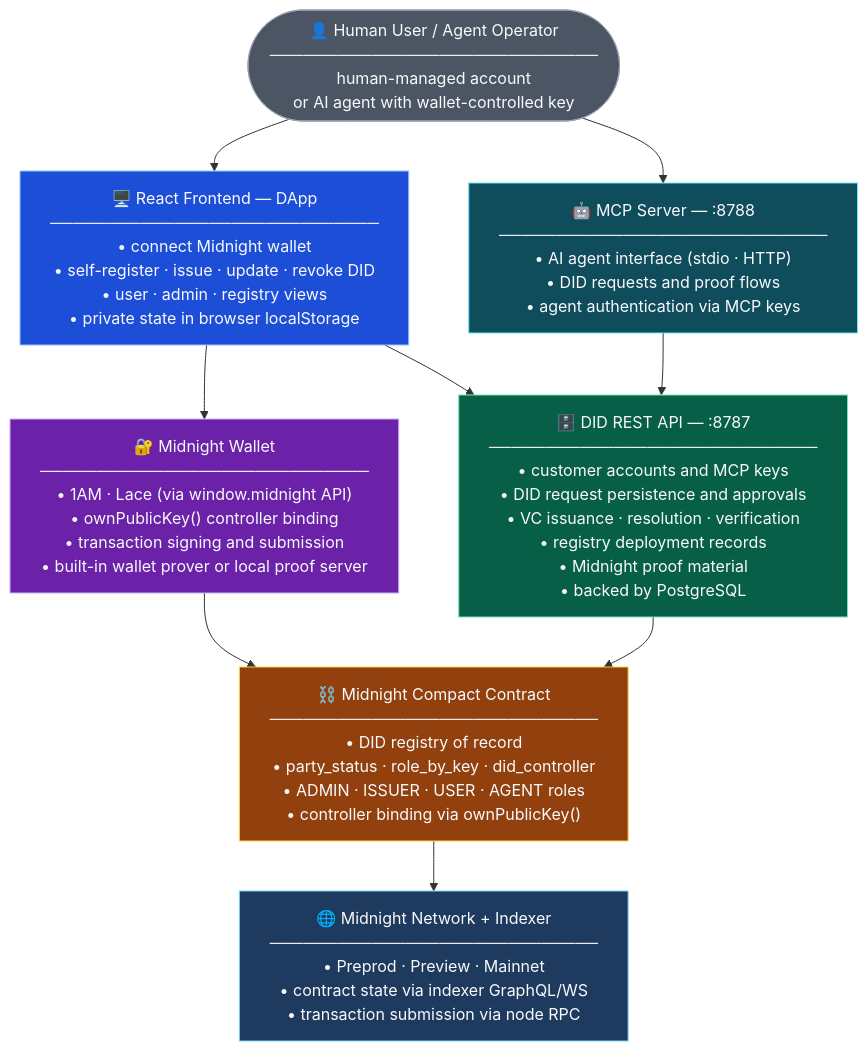
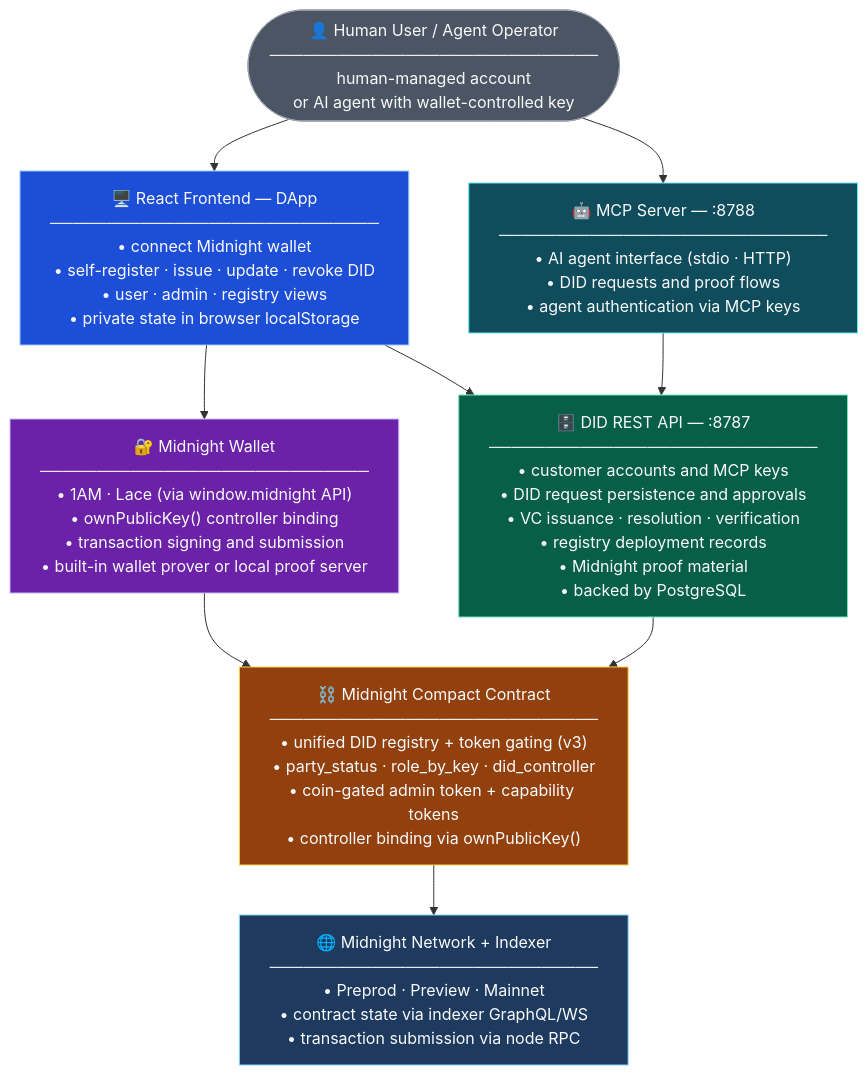
The first of 2 diagrams in README.md (apestchanker/midnight-agent-did-manager), drawn with Mermaid before and after one commit. The commit also changed other lines of this file and 7 other files, not shown here.

First line of the commit message:
docs(did-registry): rewrite README and close out SDD feature docs

````diff
--- a/README.md
+++ b/README.md
@@ -53,33 +53,33 @@
 ```mermaid
 flowchart TD
     HU(["👤 Human User / Agent Operator\n─────────────────────────────\nhuman-managed account\nor AI agent with wallet-controlled key"])
 
     FE["🖥️ React Frontend — DApp\n─────────────────────────────\n• connect Midnight wallet\n• self-register · issue · update · revoke DID\n• user · admin · registry views\n• private state in browser localStorage"]
 
     WL["🔐 Midnight Wallet\n─────────────────────────────\n• 1AM · Lace (via window.midnight API)\n• ownPublicKey() controller binding\n• transaction signing and submission\n• built-in wallet prover or local proof server"]
 
     DS["🗄️ DID REST API — :8787\n─────────────────────────────\n• customer accounts and MCP keys\n• DID request persistence and approvals\n• VC issuance · resolution · verification\n• registry deployment records\n• Midnight proof material\n• backed by PostgreSQL"]
 
     MCP["🤖 MCP Server — :8788\n─────────────────────────────\n• AI agent interface (stdio · HTTP)\n• DID requests and proof flows\n• agent authentication via MCP keys"]
 
-    CC["⛓️ Midnight Compact Contract\n─────────────────────────────\n• DID registry of record\n• party_status · role_by_key · did_controller\n• ADMIN · ISSUER · USER · AGENT roles\n• controller binding via ownPublicKey()"]
+    CC["⛓️ Midnight Compact Contract\n─────────────────────────────\n• unified DID registry + token gating (v3)\n• party_status · role_by_key · did_controller\n• coin-gated admin token + capability tokens\n• controller binding via ownPublicKey()"]
 
     IDX["🌐 Midnight Network + Indexer\n─────────────────────────────\n• Preprod · Preview · Mainnet\n• contract state via indexer GraphQL/WS\n• transaction submission via node RPC"]
 
     HU --> FE
     HU --> MCP
     FE --> WL
     FE --> DS
     MCP --> DS
     WL --> CC
     DS --> CC
     CC --> IDX
 
     style HU fill:#4B5563,stroke:#9CA3AF,color:#F9FAFB
     style FE fill:#1D4ED8,stroke:#93C5FD,color:#F9FAFB
     style WL fill:#6B21A8,stroke:#C4B5FD,color:#F9FAFB
     style DS fill:#065F46,stroke:#6EE7B7,color:#F9FAFB
     style MCP fill:#0F4C5C,stroke:#67E8F9,color:#F9FAFB
     style CC fill:#92400E,stroke:#FCD34D,color:#F9FAFB
     style IDX fill:#1E3A5F,stroke:#7DD3FC,color:#F9FAFB
 ```
````
